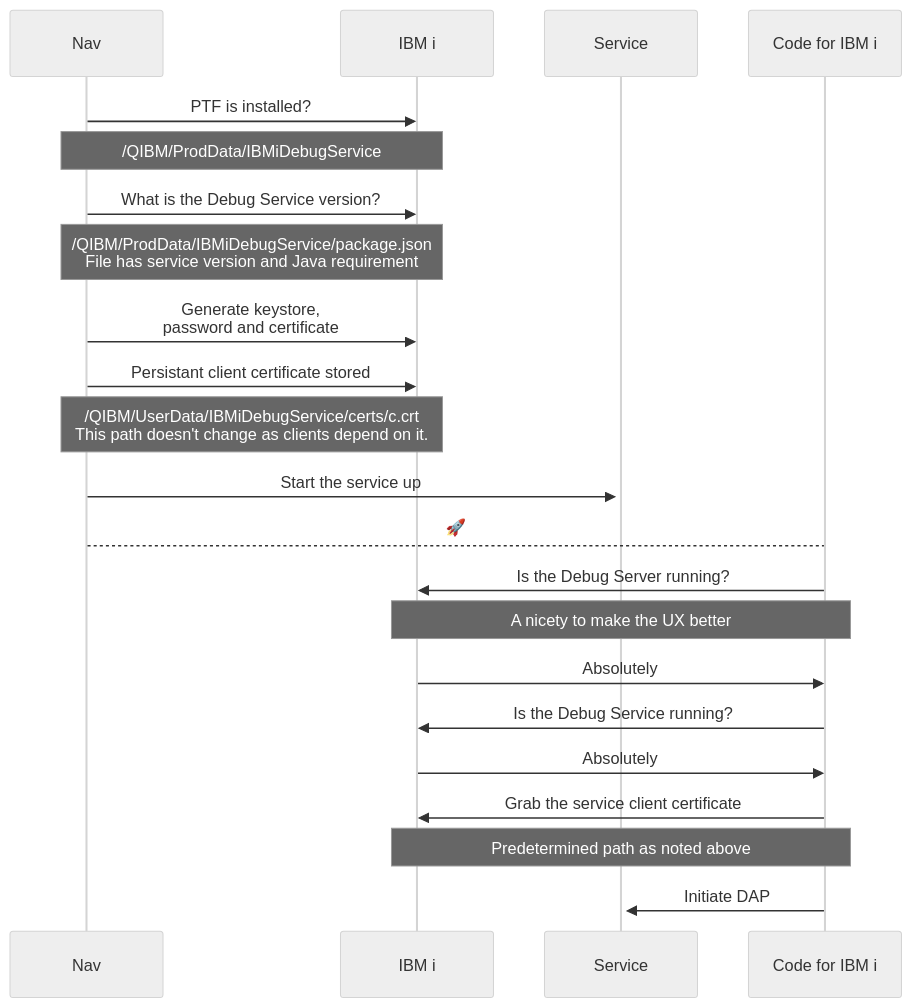
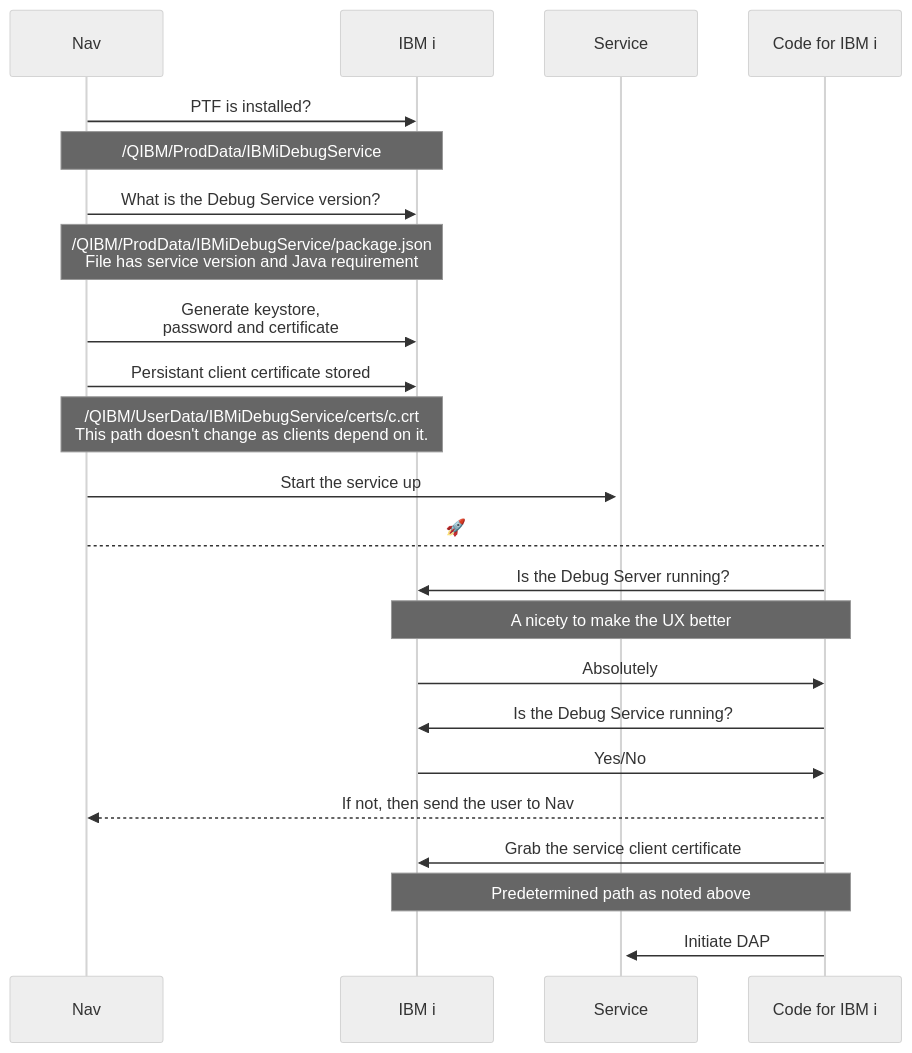
Before and after one commit to codefori/docs: the diagram in src/content/docs/dev/images/diagram.mermaid, drawn with Mermaid (neutral theme).

Commit message:
Add note about nav

```diff
--- a/src/content/docs/dev/images/diagram.mermaid
+++ b/src/content/docs/dev/images/diagram.mermaid
@@ -1,25 +1,26 @@
 sequenceDiagram
     participant N as Nav
     participant I as IBM i
     participant S as Service
     participant C as Code for IBM i
     
     N->>I: PTF is installed?
     note over N,I: /QIBM/ProdData/IBMiDebugService
     N->>I: What is the Debug Service version?
     note over N,I: /QIBM/ProdData/IBMiDebugService/package.json<br>File has service version and Java requirement
     N->>I: Generate keystore,<br/>password and certificate
     N->>I: Persistant client certificate stored
     note over N,I: /QIBM/UserData/IBMiDebugService/certs/c.crt<br>This path doesn't change as clients depend on it.
     N->>+S: Start the service up
 
     N-->C: 🚀
     
     C->>I: Is the Debug Server running?
     note over C,I: A nicety to make the UX better
     I->>C: Absolutely
     C->>I: Is the Debug Service running?
-    I->>C: Absolutely
+    I->>C: Yes/No
+    C-->>N: If not, then send the user to Nav
     C->>I: Grab the service client certificate
     note over C,I: Predetermined path as noted above
     C->>S: Initiate DAP
```
